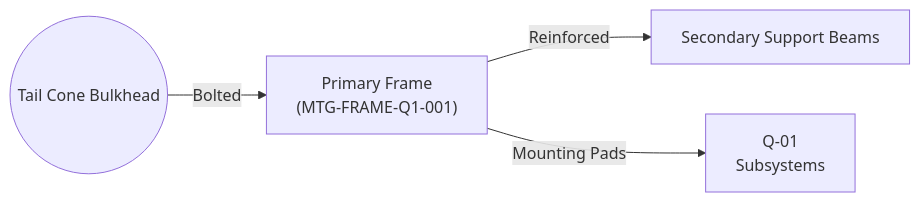
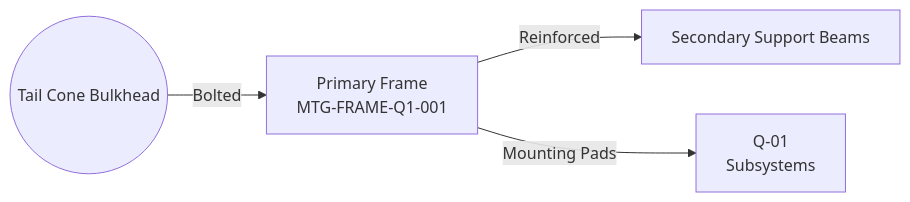
One commit to Robbbo-T/Ampel360XWLRGA changed diagram 28 of 30 in FTC-71-00 QPS.md. Above: the diagram before and after it, drawn with Mermaid.

Commit message:
Update FTC-71-00 QPS.md

````diff
--- a/FTC-71-00 QPS.md
+++ b/FTC-71-00 QPS.md
@@ -4593,11 +4593,11 @@
 ```mermaid
 flowchart LR
     A((Tail Cone Bulkhead))
-    B["Primary Frame<br>(MTG-FRAME-Q1-001)"]
+    B["Primary Frame<br> MTG-FRAME-Q1-001"]
     C["Secondary Support Beams"]
     D["Q-01<br>Subsystems"]
 
     A --Bolted--> B
     B --Reinforced--> C
     B --Mounting Pads--> D
 ```
````
